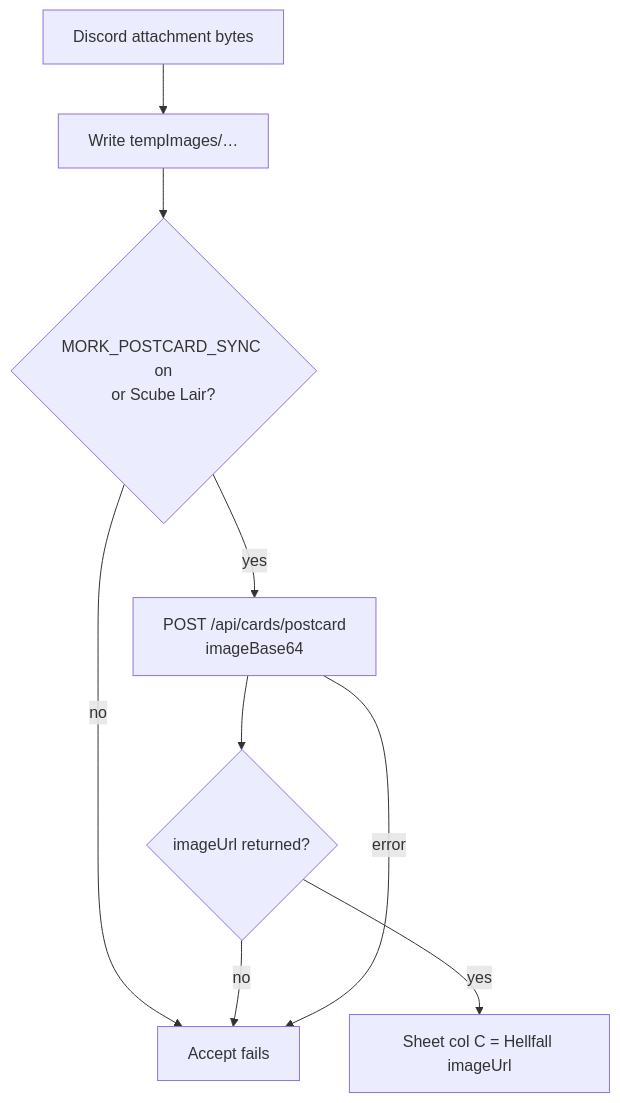
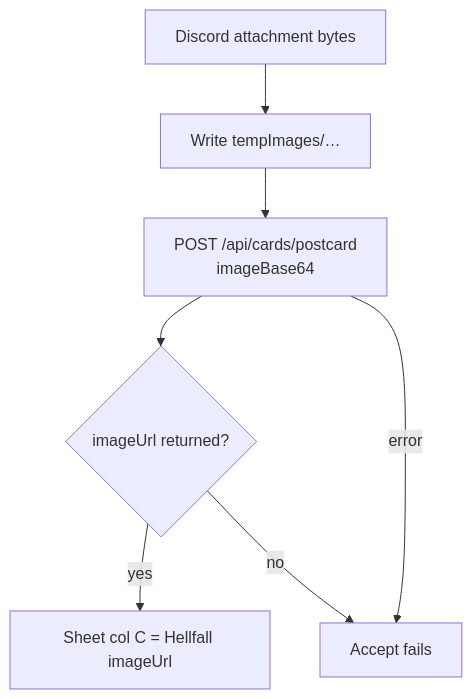
The third of 3 diagrams in docs/card-flows/acceptance.md (bones-bones/mork), drawn with Mermaid before and after one commit. The commit also changed other lines of this file and 11 other files, not shown here.

````diff
--- a/docs/card-flows/acceptance.md
+++ b/docs/card-flows/acceptance.md
@@ -74,11 +83,9 @@
 ```mermaid
 flowchart TD
   IN["Discord attachment bytes"] --> TMP["Write tempImages/…"]
-  TMP --> SYNC{"MORK_POSTCARD_SYNC on<br/>or Scube Lair?"}
-  SYNC -->|no| FAIL["Accept fails"]
-  SYNC -->|yes| B64["POST /api/cards/postcard<br/>imageBase64"]
+  TMP --> B64["POST /api/cards/postcard<br/>imageBase64"]
   B64 --> OK{"imageUrl returned?"}
   OK -->|yes| URL["Sheet col C = Hellfall imageUrl"]
-  OK -->|no| FAIL
+  OK -->|no| FAIL["Accept fails"]
   B64 -->|error| FAIL
 ```
````
